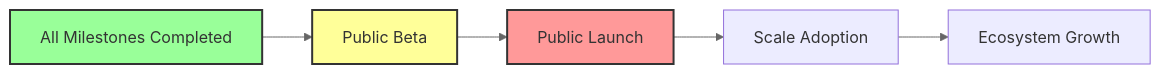
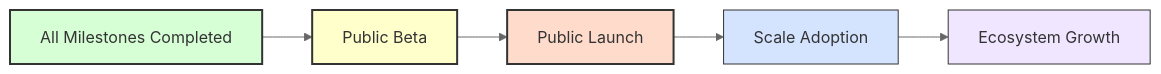
Before and after one commit to Gigentic/gigentic-frontend: the fourth of 4 diagrams in notes/ST-DE-Grant-2024/ST-DE-grant-completion-report.md, drawn with Mermaid. The commit also changed other lines of this file, not shown here.

````diff
--- a/notes/ST-DE-Grant-2024/ST-DE-grant-completion-report.md
+++ b/notes/ST-DE-Grant-2024/ST-DE-grant-completion-report.md
@@ -184,13 +193,15 @@
 ```mermaid
 flowchart LR
-    %%{ init: { 'theme': 'default', 'themeVariables': { 'background': '#ffffff', 'primaryColor': '#d4e4ff', 'secondaryColor': '#f0f0f0', 'tertiaryColor': '#f8f8f8', 'primaryTextColor': '#333', 'lineColor': '#666' } } }%%
+    %%{ init: { 'theme': 'default', 'themeVariables': { 'background': '#ffffff', 'primaryColor': '#d4e4ff', 'secondaryColor': '#f0f0f0', 'tertiaryColor': '#f8f8f8', 'primaryTextColor': '#333', 'lineColor': '#666', 'mainBkg': '#ffffff', 'nodeBorder': '#333', 'clusterBkg': '#ffffff', 'fontSize': '16px' } } }%%
 
     A[All Milestones Completed] --> B[Public Beta]
     B --> C[Public Launch]
     C --> D[Scale Adoption]
     D --> E[Ecosystem Growth]
 
-    style A fill:#9f9,stroke:#333,stroke-width:2px
-    style B fill:#ff9,stroke:#333,stroke-width:2px
-    style C fill:#f99,stroke:#333,stroke-width:2px
+    style A fill:#d6ffd6,stroke:#333,color:#333,stroke-width:2px
+    style B fill:#ffffcc,stroke:#333,color:#333,stroke-width:2px
+    style C fill:#ffdbcc,stroke:#333,color:#333,stroke-width:2px
+    style D fill:#d4e4ff,stroke:#333,color:#333
+    style E fill:#f0e6ff,stroke:#333,color:#333
 ```
````
